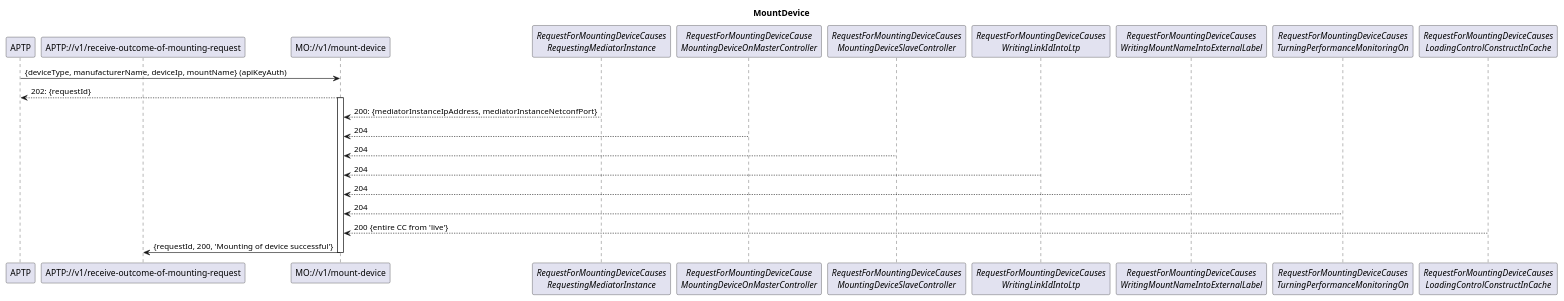
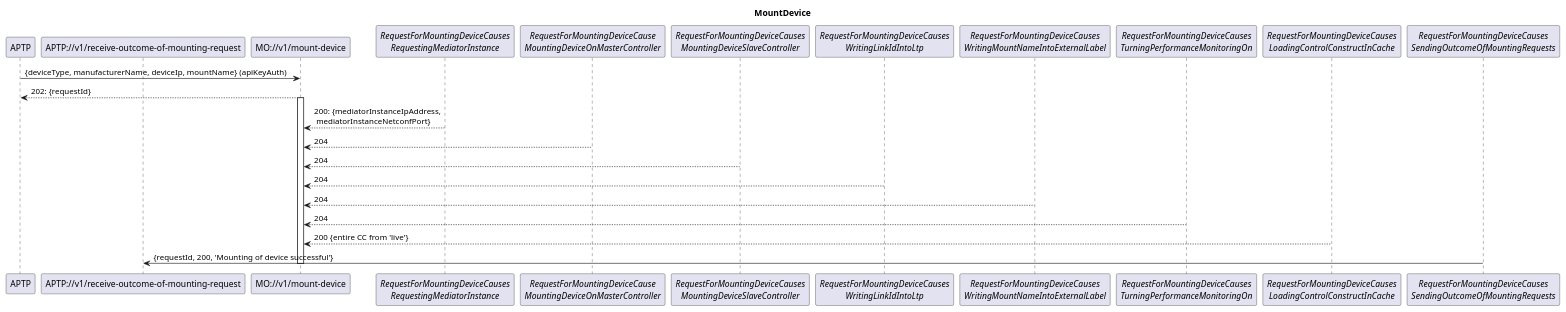
The diagram in spec/diagrams/MountDevice/MountDevice.plantuml (openBackhaul/MountingOrchestrator), drawn with PlantUML before and after one commit. The commit also changed 1 other file, not shown here.

Commit message:
Complete diagrams with APTP recevier service

```diff
--- a/spec/diagrams/MountDevice/MountDevice.plantuml
+++ b/spec/diagrams/MountDevice/MountDevice.plantuml
@@ -1,36 +1,36 @@
 @startuml MountDevice
 skinparam responseMessageBelowArrow true
 
 title
 MountDevice
 end title
 
 participant "APTP" as APTP
 participant "APTP://v1/receive-outcome-of-mounting-request" as APTP_receive
 participant "MO://v1/mount-device" as MO
 participant "<i>RequestForMountingDeviceCauses\n<i>RequestingMediatorInstance</i>" as MM
 participant "<i>RequestForMountingDeviceCause\n<i>MountingDeviceOnMasterController</i>" as ODLM 
 participant "<i>RequestForMountingDeviceCauses\n<i>MountingDeviceSlaveController</i>" as ODLS
 participant "<i>RequestForMountingDeviceCauses\n<i>WritingLinkIdIntoLtp</i>" as LinkId
 participant "<i>RequestForMountingDeviceCauses\n<i>WritingMountNameIntoExternalLabel</i>" as ExternalLabel
 participant "<i>RequestForMountingDeviceCauses\n<i>TurningPerformanceMonitoringOn</i>" as PmOn
 participant "<i>RequestForMountingDeviceCauses\n<i>LoadingControlConstructInCache</i>" as MWDI
-
+participant "<i>RequestForMountingDeviceCauses\n<i>SendingOutcomeOfMountingRequests</i>" as Outcome
 APTP -> MO: {deviceType, manufacturerName, deviceIp, mountName} (apiKeyAuth)
 MO --> APTP: 202: {requestId}
 
 activate MO
 
-MM --> MO: 200: {mediatorInstanceIpAddress, mediatorInstanceNetconfPort}
+MM --> MO: 200: {mediatorInstanceIpAddress,\n mediatorInstanceNetconfPort}
 ODLM --> MO: 204
 ODLS --> MO: 204
 LinkId --> MO: 204
 ExternalLabel --> MO: 204
 PmOn --> MO: 204
 MWDI --> MO: 200 {entire CC from 'live'}
 
-MO -> APTP_receive: {requestId, 200, 'Mounting of device successful'}
+Outcome-> APTP_receive: {requestId, 200, 'Mounting of device successful'}
 
 deactivate MO
 
 @enduml
```
